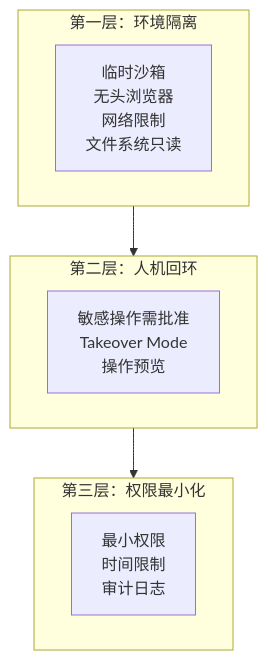
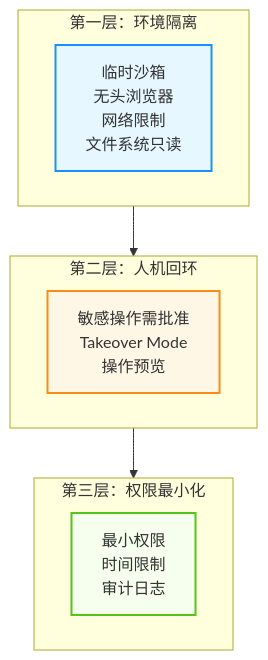
Before and after one commit to yeasy/agentic_ai_guide: the fourth of 4 diagrams in 04_tools/4.5_browser.md, drawn with Mermaid. The commit also changed other lines of this file and 36 other files, not shown here.

````diff
--- a/04_tools/4.5_browser.md
+++ b/04_tools/4.5_browser.md
@@ -231,16 +259,25 @@
 ```mermaid
 graph TD
+    %% Agentic Design System
+    classDef agent fill:#e6f7ff,stroke:#1890ff,stroke-width:2px;
+    classDef tool fill:#f6ffed,stroke:#52c41a,stroke-width:2px;
+    classDef user fill:#fff7e6,stroke:#fa8c16,stroke-width:2px;
+
     subgraph L1 [第一层：环境隔离]
         D1[临时沙箱<br>无头浏览器<br>网络限制<br>文件系统只读]
     end
     
     subgraph L2 [第二层：人机回环]
         D2[敏感操作需批准<br>Takeover Mode<br>操作预览]
     end
     
     subgraph L3 [第三层：权限最小化]
         D3[最小权限<br>时间限制<br>审计日志]
     end
     
     L1 --> L2 --> L3
+    
+    class D1 agent;
+    class D2 user;
+    class D3 tool;
 ```
````
